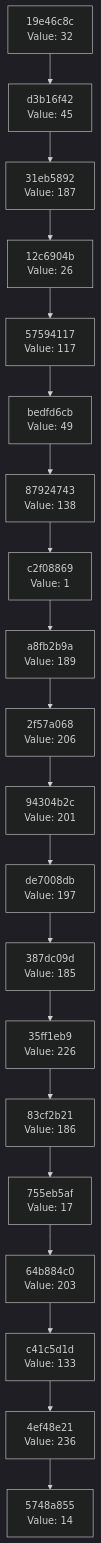
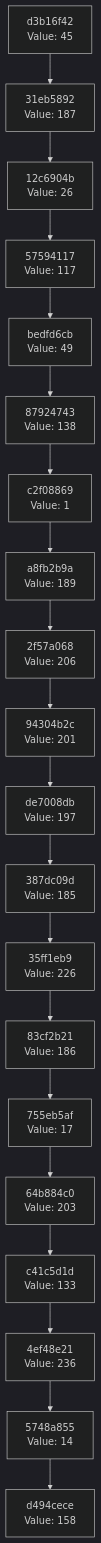
The diagram in docs/CHAIN_VISUALIZATION.md (Abhisheksinha1506/hash-chain-evolver), drawn with Mermaid (dark theme) before and after one commit. The commit also changed 3 other files, not shown here.

````diff
--- a/docs/CHAIN_VISUALIZATION.md
+++ b/docs/CHAIN_VISUALIZATION.md
@@ -3,42 +3,42 @@
 ```mermaid
 graph TD
-    C0["5748a855<br/>Value: 14"]
-    C1["4ef48e21<br/>Value: 236"]
+    C0["d494cece<br/>Value: 158"]
+    C1["5748a855<br/>Value: 14"]
     C1 --> C0
-    C2["c41c5d1d<br/>Value: 133"]
+    C2["4ef48e21<br/>Value: 236"]
     C2 --> C1
-    C3["64b884c0<br/>Value: 203"]
+    C3["c41c5d1d<br/>Value: 133"]
     C3 --> C2
-    C4["755eb5af<br/>Value: 17"]
+    C4["64b884c0<br/>Value: 203"]
     C4 --> C3
-    C5["83cf2b21<br/>Value: 186"]
+    C5["755eb5af<br/>Value: 17"]
     C5 --> C4
-    C6["35ff1eb9<br/>Value: 226"]
+    C6["83cf2b21<br/>Value: 186"]
     C6 --> C5
-    C7["387dc09d<br/>Value: 185"]
+    C7["35ff1eb9<br/>Value: 226"]
     C7 --> C6
-    C8["de7008db<br/>Value: 197"]
+    C8["387dc09d<br/>Value: 185"]
     C8 --> C7
-    C9["94304b2c<br/>Value: 201"]
+    C9["de7008db<br/>Value: 197"]
     C9 --> C8
-    C10["2f57a068<br/>Value: 206"]
+    C10["94304b2c<br/>Value: 201"]
     C10 --> C9
-    C11["a8fb2b9a<br/>Value: 189"]
+    C11["2f57a068<br/>Value: 206"]
     C11 --> C10
-    C12["c2f08869<br/>Value: 1"]
+    C12["a8fb2b9a<br/>Value: 189"]
     C12 --> C11
-    C13["87924743<br/>Value: 138"]
+    C13["c2f08869<br/>Value: 1"]
     C13 --> C12
-    C14["bedfd6cb<br/>Value: 49"]
+    C14["87924743<br/>Value: 138"]
     C14 --> C13
-    C15["57594117<br/>Value: 117"]
+    C15["bedfd6cb<br/>Value: 49"]
     C15 --> C14
-    C16["12c6904b<br/>Value: 26"]
+    C16["57594117<br/>Value: 117"]
     C16 --> C15
-    C17["31eb5892<br/>Value: 187"]
+    C17["12c6904b<br/>Value: 26"]
     C17 --> C16
-    C18["d3b16f42<br/>Value: 45"]
+    C18["31eb5892<br/>Value: 187"]
     C18 --> C17
-    C19["19e46c8c<br/>Value: 32"]
+    C19["d3b16f42<br/>Value: 45"]
     C19 --> C18
 ```
````
